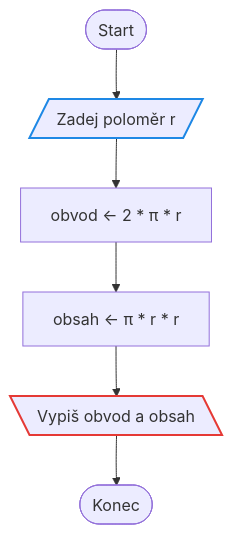
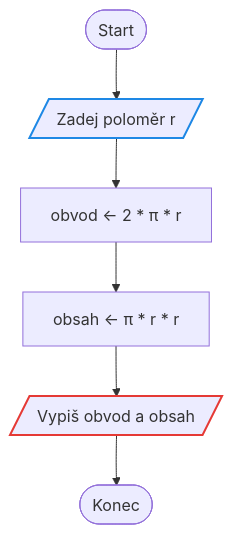
One commit to zeman-delta/Prvaci2026 changed the seventh of 15 diagrams in 3Hodina/reseni.md. Above: the diagram before and after it, drawn with Mermaid. The commit also changed other lines of this file and 1 other file, not shown here.

````diff
--- a/3Hodina/reseni.md
+++ b/3Hodina/reseni.md
@@ -166,13 +166,13 @@
 ```mermaid
 flowchart TD
     S([Start]) --> V[/"Zadej poloměr r"/]
     V --> P1["obvod ← 2 * π * r"]
     P1 --> P2["obsah ← π * r * r"]
-    P2 --> O[\"Vypiš obvod a obsah"\]
+    P2 --> O[/"Vypiš obvod a obsah"/]
     O --> K([Konec])
 
     classDef vstup stroke:#1e88e5,stroke-width:2px
     classDef vystup stroke:#e53935,stroke-width:2px
     class V vstup
     class O vystup
 ```
````
